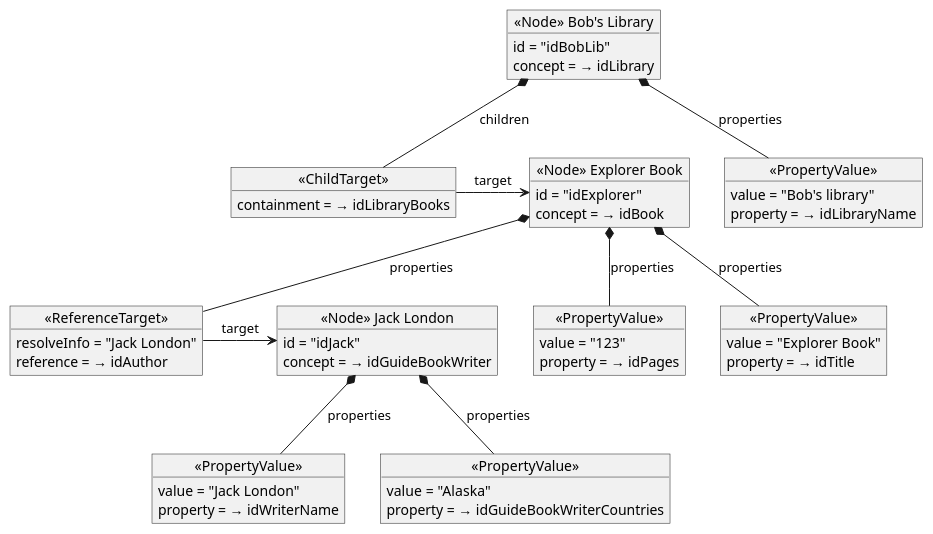
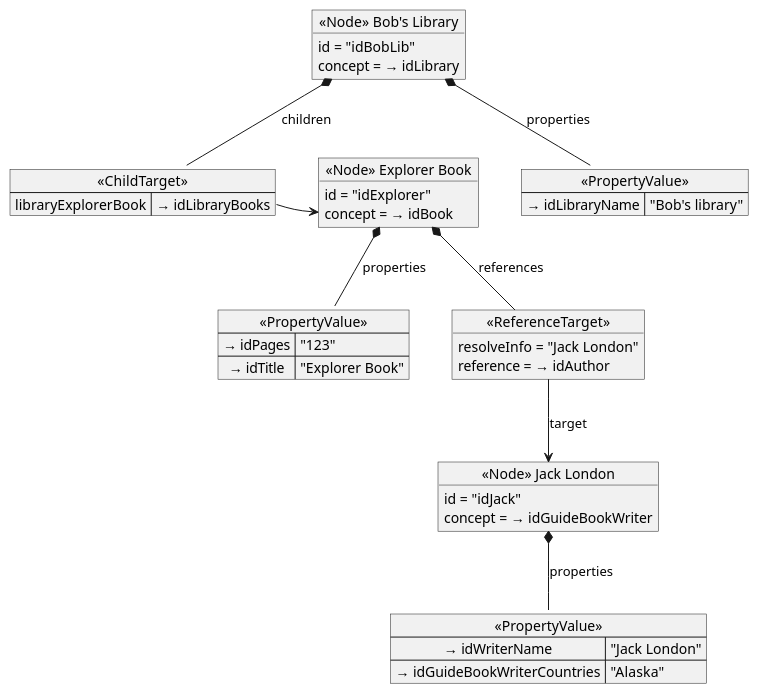
The diagram in lioncore/library-example/lowlevel-library-m1.puml (LionWeb-io/specification), drawn with PlantUML before and after one commit. The commit also changed 1 other file, not shown here.

Commit message:
simplified library examples

```diff
--- a/lioncore/library-example/lowlevel-library-m1.puml
+++ b/lioncore/library-example/lowlevel-library-m1.puml
@@ -1,66 +1,53 @@
 @startuml
 ' Library
 
 object "<<Node>> Bob's Library" as library {
     id = "idBobLib"
     concept = → idLibrary
 }
 
-object "<<PropertyValue>>" as libraryName {
-    value = "Bob's library"
-    property = → idLibraryName
+map "<<PropertyValue>>" as libraryProperties {
+    → idLibraryName => "Bob's library"
 }
-
-library *-- libraryName: properties
+library *-- libraryProperties: properties
 
 ' Explorer book
 
 object "<<Node>> Explorer Book" as explorerBook {
     id = "idExplorer"
     concept = → idBook
 }
 
-object "<<ChildTarget>>" as libraryExplorerBook {
-    containment = → idLibraryBooks
+map "<<PropertyValue>>" as explorerBookProperties {
+    → idPages => "123"
+    → idTitle => "Explorer Book"
 }
-library *-- libraryExplorerBook: children
-libraryExplorerBook -> explorerBook: target
+explorerBook *-- explorerBookProperties: properties
 
-object "<<PropertyValue>>" as explorerBookPages {
-    value = "123"
-    property = → idPages
+map "<<ChildTarget>>" as libraryChildren {
+    libraryExplorerBook => → idLibraryBooks
 }
-explorerBook *-- explorerBookPages: properties
+library *-- libraryChildren: children
+libraryChildren::libraryExplorerBook -> explorerBook
 
-object "<<PropertyValue>>" as explorerBookTitle {
-    value = "Explorer Book"
-    property = → idTitle
-}
-explorerBook *-- explorerBookTitle: properties
 
 object "<<ReferenceTarget>>" as explorerBookAuthor {
     resolveInfo = "Jack London"
     reference = → idAuthor
 }
-explorerBook *-- explorerBookAuthor: properties
+explorerBook *-- explorerBookAuthor: references
 
 ' Jack London
 object "<<Node>> Jack London" as jackLondon {
     id = "idJack"
     concept = → idGuideBookWriter
 }
 
-object "<<PropertyValue>>" as jackLondonName {
-    value = "Jack London"
-    property = → idWriterName
+map "<<PropertyValue>>" as jackLondonProperties {
+    → idWriterName => "Jack London"
+    → idGuideBookWriterCountries => "Alaska"
 }
-jackLondon *-- jackLondonName: properties
+jackLondon *-- jackLondonProperties: properties
 
-object "<<PropertyValue>>" as jackLondonCountries {
-    value = "Alaska"
-    property = → idGuideBookWriterCountries
-}
-jackLondon *-- jackLondonCountries: properties
-
-explorerBookAuthor -> jackLondon: target
+explorerBookAuthor --> jackLondon: target
 @enduml
```
